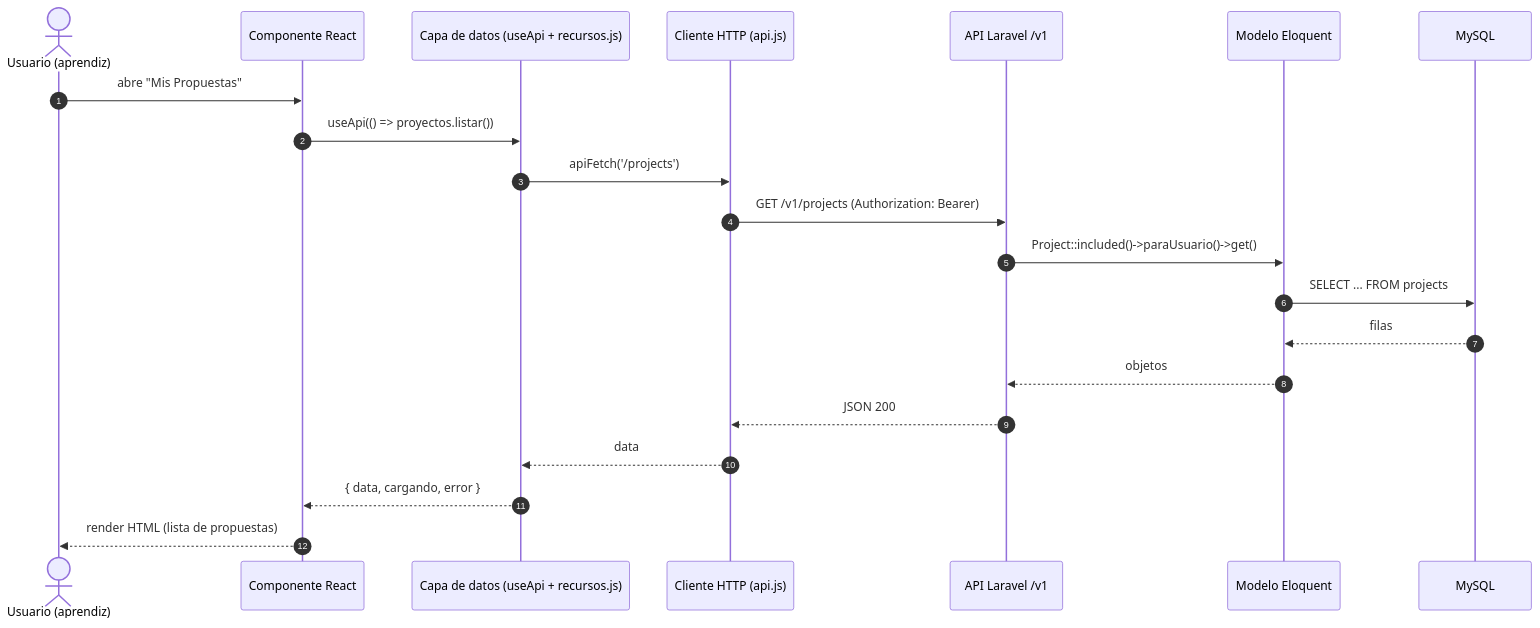
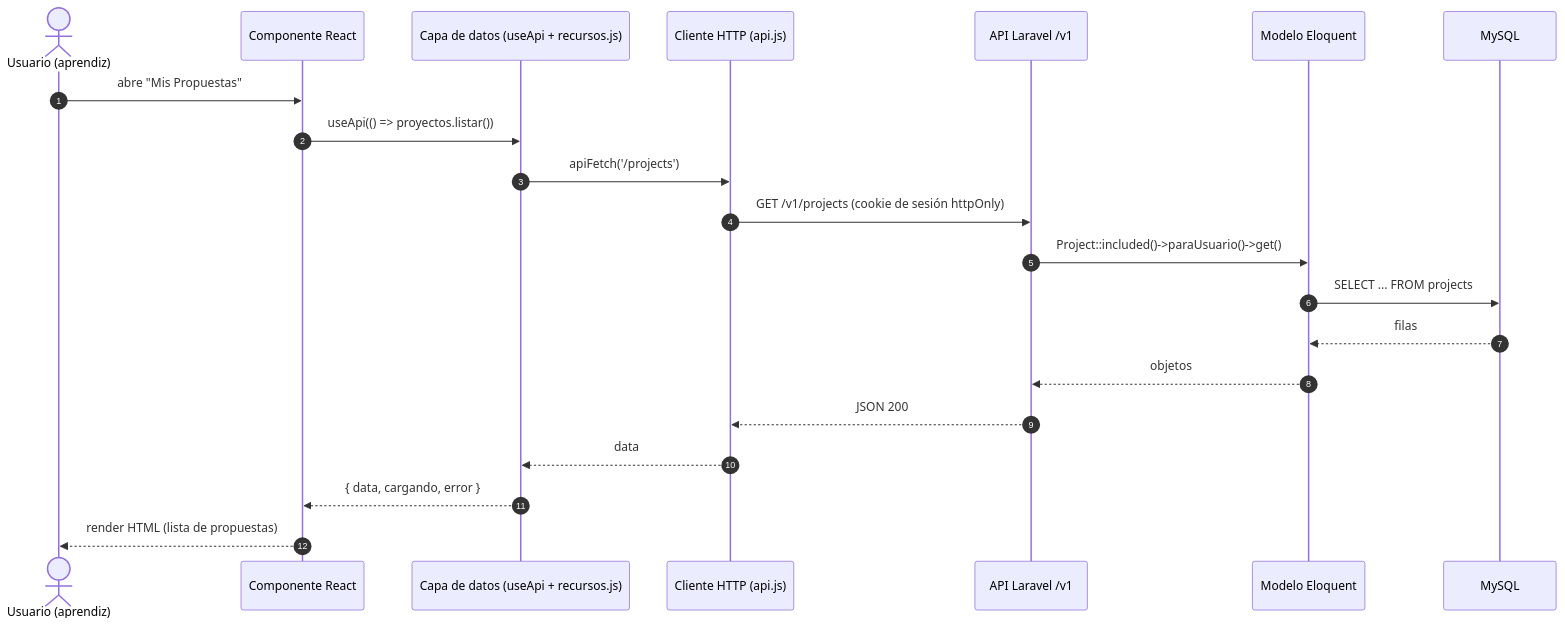
One commit to YDanB-312/ProyecTwin-MVP changed the first of 2 diagrams in docs/arquitectura.md. Above: the diagram before and after it, drawn with Mermaid. The commit also changed other lines of this file and 102 other files, not shown here.

````diff
--- a/docs/arquitectura.md
+++ b/docs/arquitectura.md
@@ -7,24 +7,24 @@
 ```mermaid
 sequenceDiagram
     autonumber
     actor U as Usuario (aprendiz)
     participant C as Componente React
     participant D as Capa de datos (useApi + recursos.js)
     participant H as Cliente HTTP (api.js)
     participant API as API Laravel /v1
     participant M as Modelo Eloquent
     participant DB as MySQL
 
     U->>C: abre "Mis Propuestas"
     C->>D: useApi(() => proyectos.listar())
     D->>H: apiFetch('/projects')
-    H->>API: GET /v1/projects  (Authorization: Bearer)
+    H->>API: GET /v1/projects  (cookie de sesión httpOnly)
     API->>M: Project::included()->paraUsuario()->get()
     M->>DB: SELECT ... FROM projects
     DB-->>M: filas
     M-->>API: objetos
     API-->>H: JSON 200
     H-->>D: data
     D-->>C: { data, cargando, error }
     C-->>U: render HTML (lista de propuestas)
 ```
````
